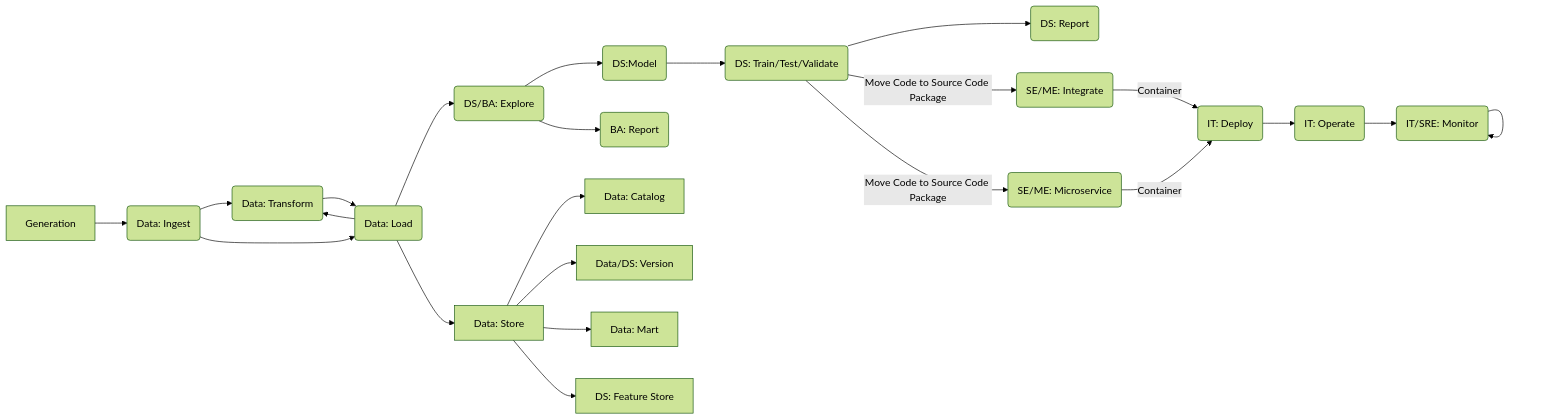
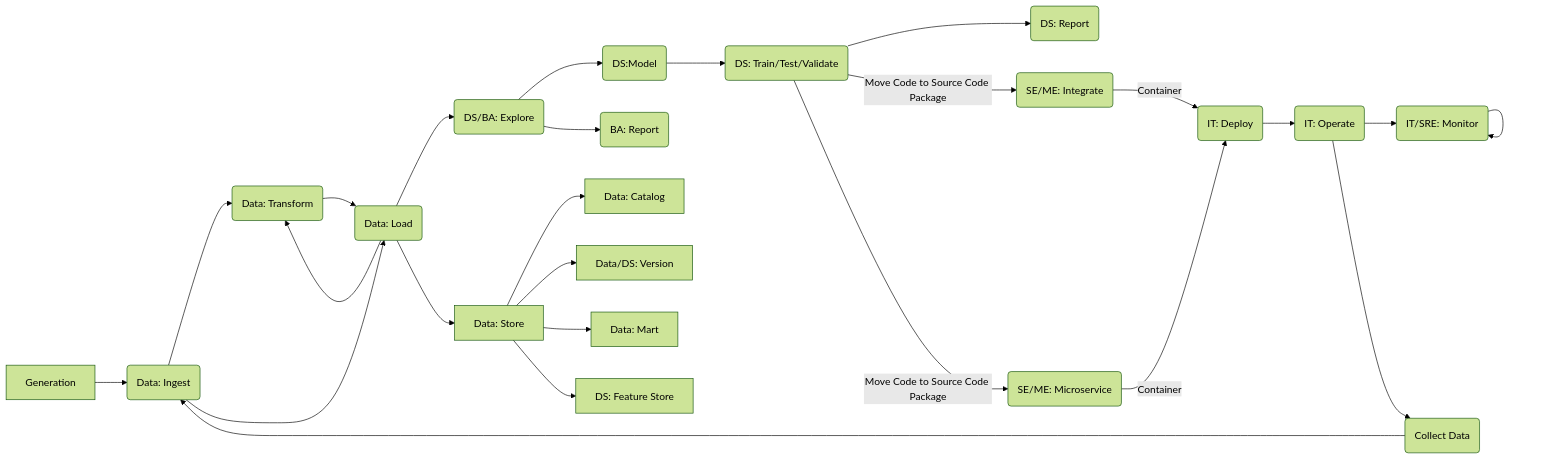
One commit to mraarone/dsbaseline changed the diagram in docs/docs/index.md. Above: the diagram before and after it, drawn with Mermaid (forest theme).

````diff
--- a/docs/docs/index.md
+++ b/docs/docs/index.md
@@ -118,15 +118,15 @@
 ```mermaid
 flowchart LR
     A[Generation] --> B(Data: Ingest) --> C(Data: Transform) --> D(Data: Load) --> E(DS/BA: Explore) --> G(DS:Model)
     G --> H(DS: Train/Test/Validate) --> I(DS: Report)
-    H -->|Move Code to Source Code Package| O(SE/ME: Integrate) & P(SE/ME: Microservice) -->|Container| Q(IT: Deploy) --> R(IT: Operate) --> S(IT/SRE: Monitor)
-    S --> S
+    H -->|Move Code to Source Code Package| O(SE/ME: Integrate) & P(SE/ME: Microservice) -->|Container| Q(IT: Deploy) --> R(IT: Operate) --> S(IT/SRE: Monitor) --> S
+    R --> U(Collect Data) --> B
     E --> T(BA: Report)
     B --> D
     D --> C
     D --> J[Data: Store]
     J --> K[Data: Catalog]
     J --> L[Data/DS: Version]
     J --> M[Data: Mart]
     J --> N[DS: Feature Store]
 ```
````
